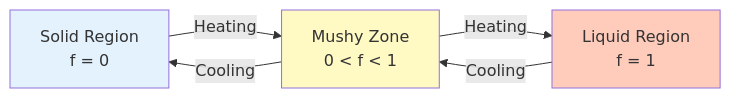
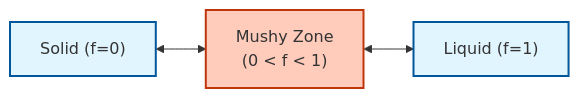
The first of 2 diagrams in MODULE_06_ADVANCED_PHYSICS/CONTENT/02_COUPLED_PHYSICS/04_Advanced_Coupling_Topics.md (wramet/build-my-cfd), drawn with Mermaid before and after one commit. The commit also changed other lines of this file and 313 other files, not shown here.

Commit message:
Revise all diagram

````diff
--- a/MODULE_06_ADVANCED_PHYSICS/CONTENT/02_COUPLED_PHYSICS/04_Advanced_Coupling_Topics.md
+++ b/MODULE_06_ADVANCED_PHYSICS/CONTENT/02_COUPLED_PHYSICS/04_Advanced_Coupling_Topics.md
@@ -35,11 +35,12 @@
 ```mermaid
-flowchart LR
-    A[Solid Region<br/>f = 0] -->|Heating| B[Mushy Zone<br/>0 < f < 1]
-    B -->|Heating| C[Liquid Region<br/>f = 1]
-    C -->|Cooling| B
-    B -->|Cooling| A
-
-    style A fill:#e3f2fd
-    style B fill:#fff9c4
-    style C fill:#ffccbc
+graph LR
+    classDef implicit fill:#e1f5fe,stroke:#01579b,stroke-width:2px
+    classDef explicit fill:#ffccbc,stroke:#bf360c,stroke-width:2px
+    classDef context fill:#f5f5f5,stroke:#616161,stroke-width:2px
+    
+    Solid["Solid (f=0)"]:::implicit
+    Mushy["Mushy Zone<br/>(0 < f < 1)"]:::explicit
+    Liquid["Liquid (f=1)"]:::implicit
+    
+    Solid <--> Mushy <--> Liquid
 ```
````
